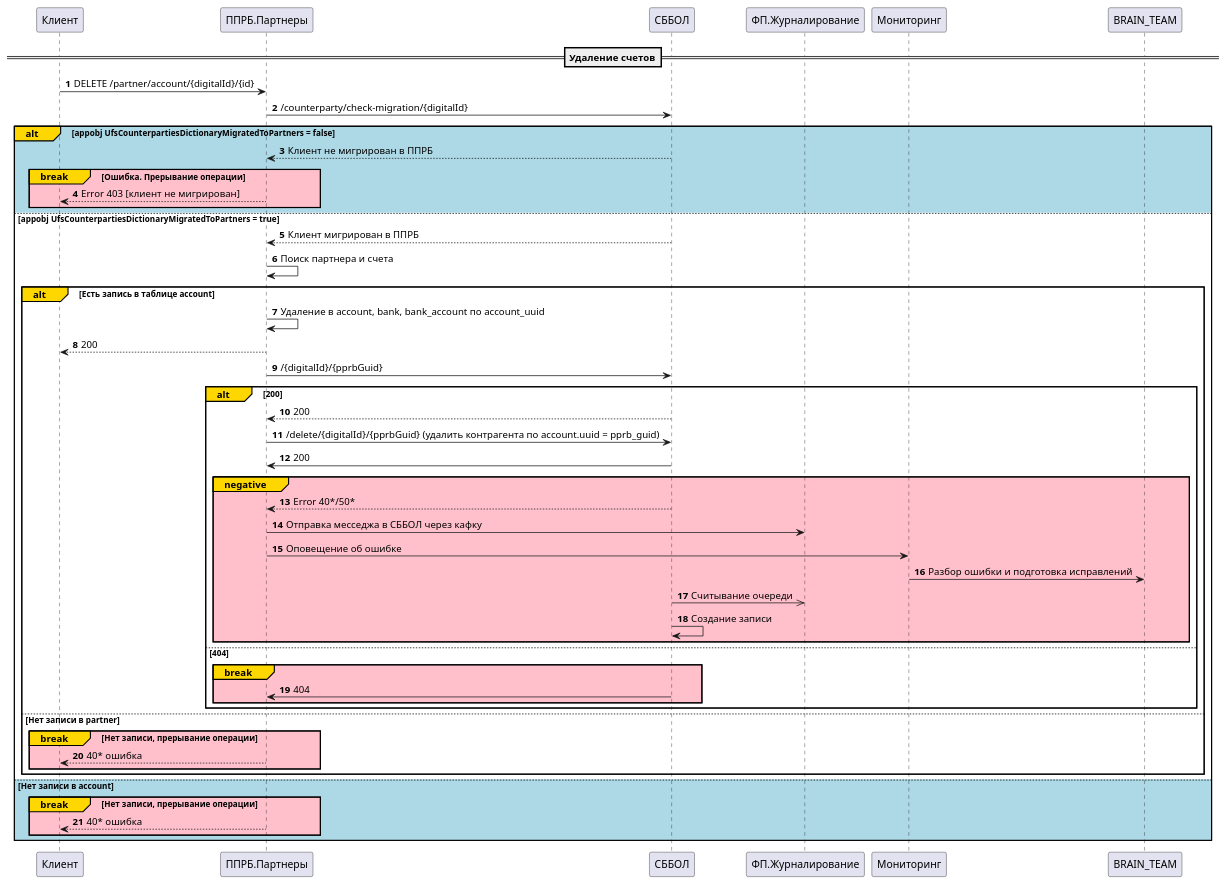
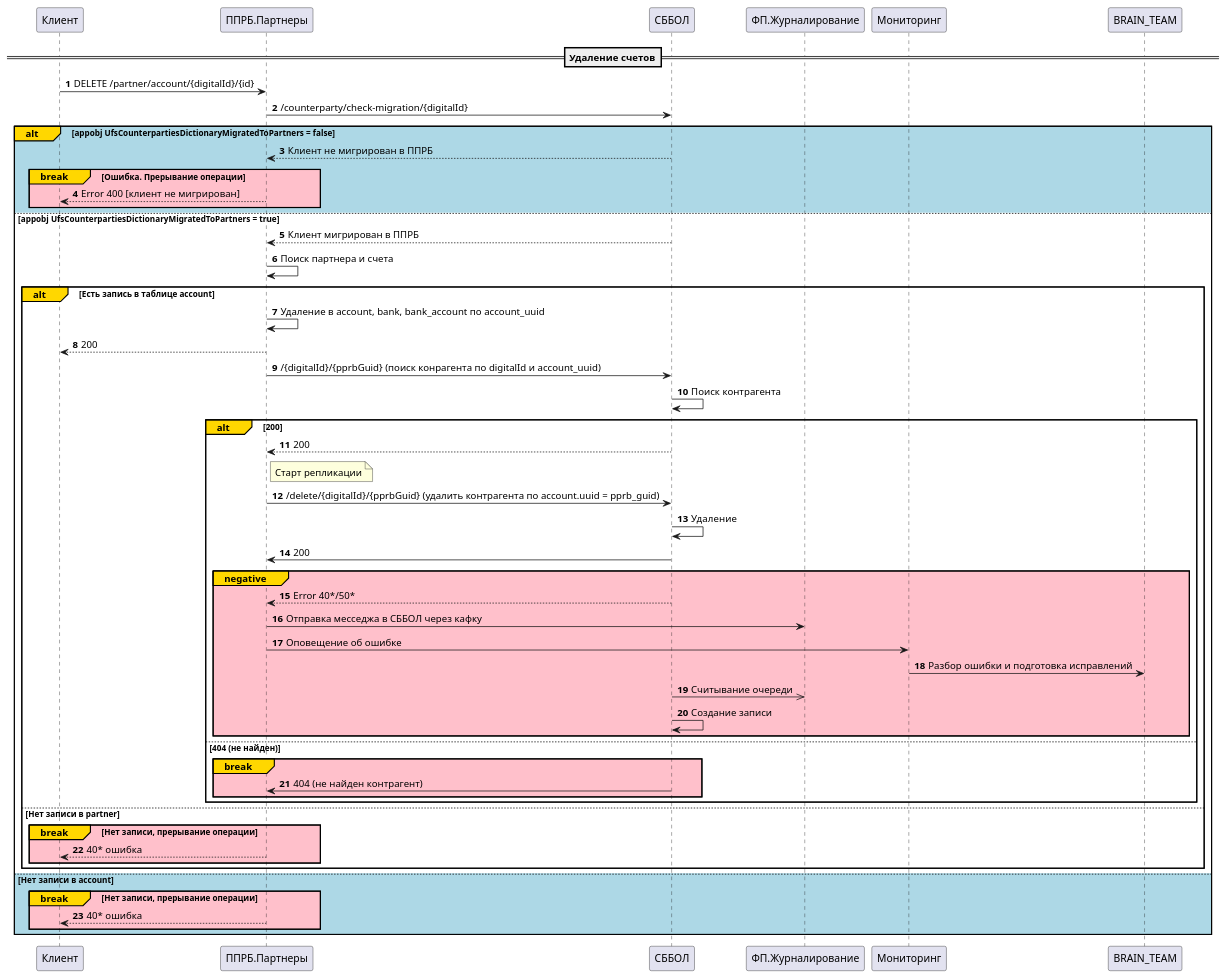
One commit to SSV4791/sbbol-partners changed the diagram in docs/diagrams/replication/Iteration 1/delete_account.puml. Above: the diagram before and after it, drawn with PlantUML. The commit also changed 294 other files, not shown here.

```diff
--- a/docs/diagrams/replication/Iteration 1/delete_account.puml
+++ b/docs/diagrams/replication/Iteration 1/delete_account.puml
@@ -1,46 +1,51 @@
 @startuml
 'https://plantuml.com/sequence-diagram
 autonumber
 ==Удаление счетов==
 Клиент -> ППРБ.Партнеры: DELETE /partner/account/{digitalId}/{id}
 ППРБ.Партнеры -> СББОЛ: /counterparty/check-migration/{digitalId}
 alt#Gold #lightblue appobj UfsCounterpartiesDictionaryMigratedToPartners = false
 СББОЛ --> ППРБ.Партнеры: Клиент не мигрирован в ППРБ
 break#Gold #Pink Ошибка. Прерывание операции
-ППРБ.Партнеры --> Клиент: Error 403 [клиент не мигрирован]
+ППРБ.Партнеры --> Клиент: Error 400 [клиент не мигрирован]
 end
 else #white appobj UfsCounterpartiesDictionaryMigratedToPartners = true
 СББОЛ --> ППРБ.Партнеры: Клиент мигрирован в ППРБ
 ППРБ.Партнеры -> ППРБ.Партнеры: Поиск партнера и счета
 alt#gold Есть запись в таблице account
 ППРБ.Партнеры -> ППРБ.Партнеры: Удаление в account, bank, bank_account по account_uuid
 ППРБ.Партнеры --> Клиент: 200
-ППРБ.Партнеры -> СББОЛ: /{digitalId}/{pprbGuid}
+ППРБ.Партнеры -> СББОЛ: /{digitalId}/{pprbGuid} (поиск конрагента по digitalId и account_uuid)
+СББОЛ -> СББОЛ: Поиск контрагента
 alt#Gold 200
 СББОЛ --> ППРБ.Партнеры: 200
+note right of ППРБ.Партнеры
+Старт репликации
+end note
 ППРБ.Партнеры -> СББОЛ: /delete/{digitalId}/{pprbGuid} (удалить контрагента по account.uuid = pprb_guid)
+СББОЛ -> СББОЛ: Удаление
 СББОЛ -> ППРБ.Партнеры: 200
 group#Gold #pink negative
 СББОЛ --> ППРБ.Партнеры: Error 40*/50*
 ППРБ.Партнеры -> ФП.Журналирование: Отправка месседжа в СББОЛ через кафку
 ППРБ.Партнеры -> Мониторинг: Оповещение об ошибке
 Мониторинг -> BRAIN_TEAM: Разбор ошибки и подготовка исправлений
 СББОЛ ->> ФП.Журналирование: Считывание очереди
 СББОЛ -> СББОЛ: Создание записи
 end
-else 404
+else 404 (не найден)
 break#Gold #pink
-СББОЛ -> ППРБ.Партнеры: 404
+СББОЛ -> ППРБ.Партнеры: 404 (не найден контрагент)
 end
 end
 else Нет записи в partner
 break#Gold #pink Нет записи, прерывание операции
 ППРБ.Партнеры --> Клиент: 40* ошибка
 end
 end
 else Нет записи в account
 break#Gold #pink Нет записи, прерывание операции
 ППРБ.Партнеры --> Клиент: 40* ошибка
 end
 end
 @enduml
```
